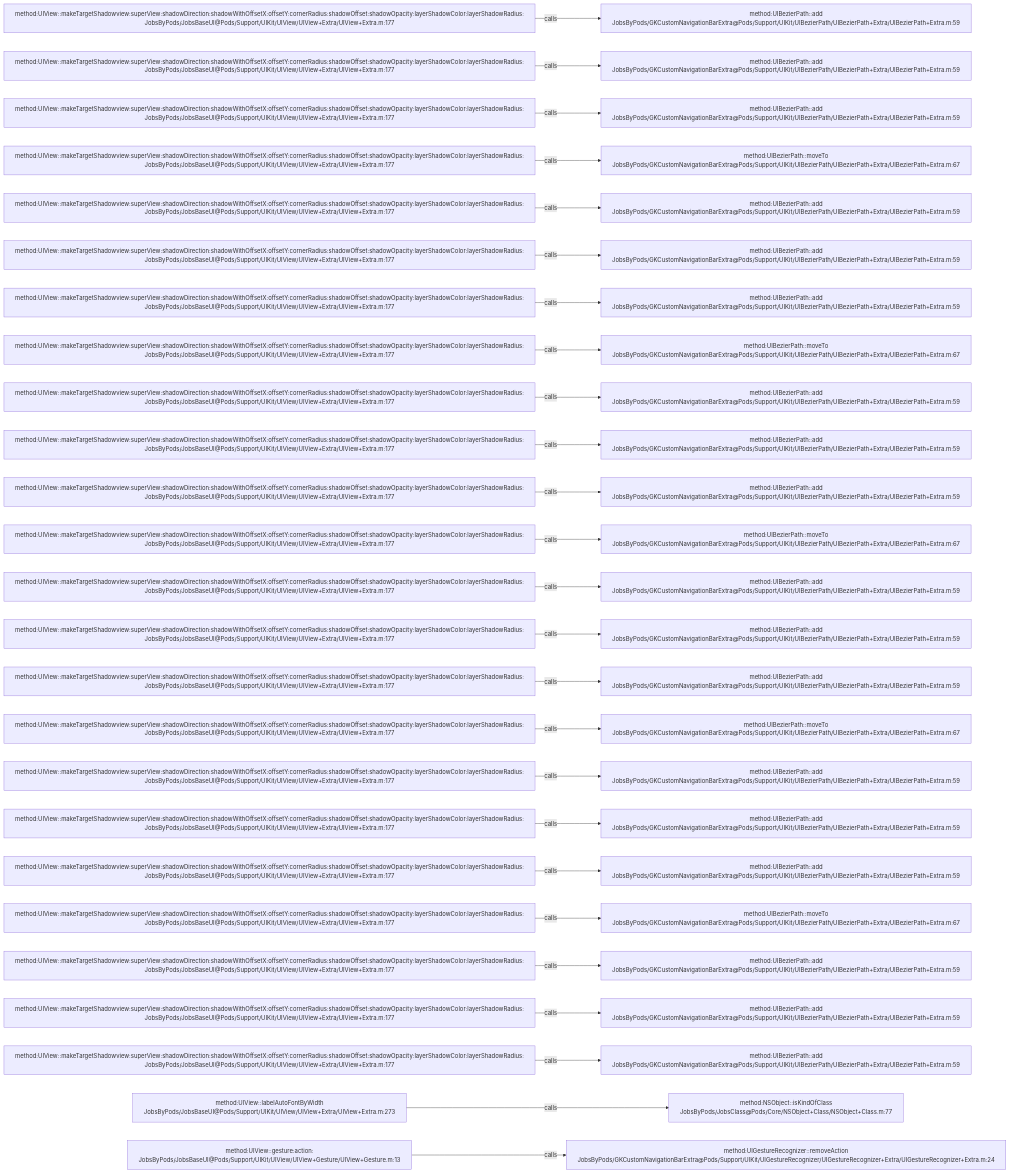
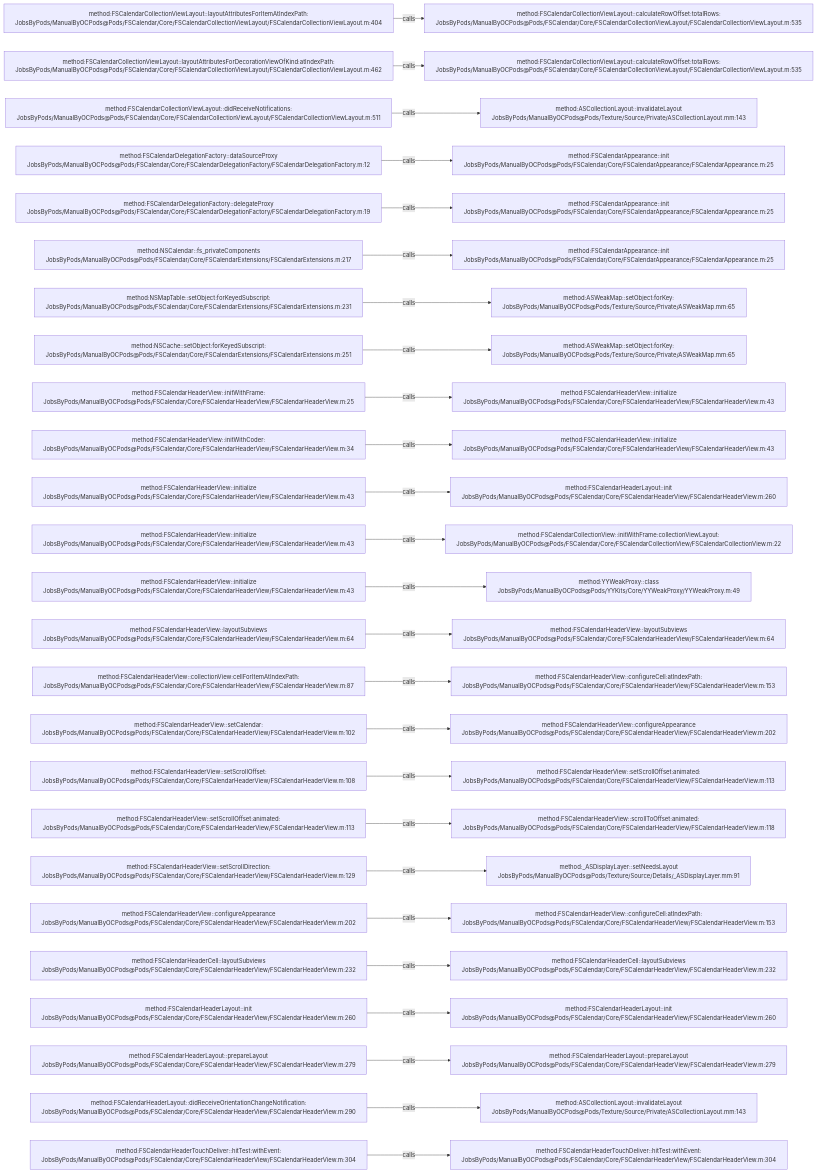
One commit to JobsKits/JobsOCBaseConfigDemo changed the diagram in .codegraph/codegraph.md/graphs/calls-026.md. Above: the diagram before and after it, drawn with Mermaid. The commit also changed 2162 other files, not shown here.

````diff
--- a/.codegraph/codegraph.md/graphs/calls-026.md
+++ b/.codegraph/codegraph.md/graphs/calls-026.md
@@ -13,78 +13,78 @@
 ```mermaid
 flowchart LR
-  S1["method:UIView::makeTargetShadowview:superView:shadowDirection:shadowWithOffsetX:offsetY:cornerRadius:shadowOffset:shadowOpacity:layerShadowColor:layerShadowRadius:<br/>JobsByPods/JobsBaseUI@Pods/Support/UIKit/UIView/UIView+Extra/UIView+Extra.m:177"]
-  T1["method:UIBezierPath::add<br/>JobsByPods/GKCustomNavigationBarExtra@Pods/Support/UIKit/UIBezierPath/UIBezierPath+Extra/UIBezierPath+Extra.m:59"]
+  S1["method:FSCalendarCollectionViewLayout::layoutAttributesForItemAtIndexPath:<br/>JobsByPods/ManualByOCPods@Pods/FSCalendar/Core/FSCalendarCollectionViewLayout/FSCalendarCollectionViewLayout.m:404"]
+  T1["method:FSCalendarCollectionViewLayout::calculateRowOffset:totalRows:<br/>JobsByPods/ManualByOCPods@Pods/FSCalendar/Core/FSCalendarCollectionViewLayout/FSCalendarCollectionViewLayout.m:535"]
   S1 -->|calls| T1
-  S2["method:UIView::makeTargetShadowview:superView:shadowDirection:shadowWithOffsetX:offsetY:cornerRadius:shadowOffset:shadowOpacity:layerShadowColor:layerShadowRadius:<br/>JobsByPods/JobsBaseUI@Pods/Support/UIKit/UIView/UIView+Extra/UIView+Extra.m:177"]
-  T2["method:UIBezierPath::add<br/>JobsByPods/GKCustomNavigationBarExtra@Pods/Support/UIKit/UIBezierPath/UIBezierPath+Extra/UIBezierPath+Extra.m:59"]
+  S2["method:FSCalendarCollectionViewLayout::layoutAttributesForDecorationViewOfKind:atIndexPath:<br/>JobsByPods/ManualByOCPods@Pods/FSCalendar/Core/FSCalendarCollectionViewLayout/FSCalendarCollectionViewLayout.m:462"]
+  T2["method:FSCalendarCollectionViewLayout::calculateRowOffset:totalRows:<br/>JobsByPods/ManualByOCPods@Pods/FSCalendar/Core/FSCalendarCollectionViewLayout/FSCalendarCollectionViewLayout.m:535"]
   S2 -->|calls| T2
-  S3["method:UIView::makeTargetShadowview:superView:shadowDirection:shadowWithOffsetX:offsetY:cornerRadius:shadowOffset:shadowOpacity:layerShadowColor:layerShadowRadius:<br/>JobsByPods/JobsBaseUI@Pods/Support/UIKit/UIView/UIView+Extra/UIView+Extra.m:177"]
-  T3["method:UIBezierPath::add<br/>JobsByPods/GKCustomNavigationBarExtra@Pods/Support/UIKit/UIBezierPath/UIBezierPath+Extra/UIBezierPath+Extra.m:59"]
+  S3["method:FSCalendarCollectionViewLayout::didReceiveNotifications:<br/>JobsByPods/ManualByOCPods@Pods/FSCalendar/Core/FSCalendarCollectionViewLayout/FSCalendarCollectionViewLayout.m:511"]
+  T3["method:ASCollectionLayout::invalidateLayout<br/>JobsByPods/ManualByOCPods@Pods/Texture/Source/Private/ASCollectionLayout.mm:143"]
   S3 -->|calls| T3
-  S4["method:UIView::makeTargetShadowview:superView:shadowDirection:shadowWithOffsetX:offsetY:cornerRadius:shadowOffset:shadowOpacity:layerShadowColor:layerShadowRadius:<br/>JobsByPods/JobsBaseUI@Pods/Support/UIKit/UIView/UIView+Extra/UIView+Extra.m:177"]
-  T4["method:UIBezierPath::moveTo<br/>JobsByPods/GKCustomNavigationBarExtra@Pods/Support/UIKit/UIBezierPath/UIBezierPath+Extra/UIBezierPath+Extra.m:67"]
+  S4["method:FSCalendarDelegationFactory::dataSourceProxy<br/>JobsByPods/ManualByOCPods@Pods/FSCalendar/Core/FSCalendarDelegationFactory/FSCalendarDelegationFactory.m:12"]
+  T4["method:FSCalendarAppearance::init<br/>JobsByPods/ManualByOCPods@Pods/FSCalendar/Core/FSCalendarAppearance/FSCalendarAppearance.m:25"]
   S4 -->|calls| T4
-  S5["method:UIView::makeTargetShadowview:superView:shadowDirection:shadowWithOffsetX:offsetY:cornerRadius:shadowOffset:shadowOpacity:layerShadowColor:layerShadowRadius:<br/>JobsByPods/JobsBaseUI@Pods/Support/UIKit/UIView/UIView+Extra/UIView+Extra.m:177"]
-  T5["method:UIBezierPath::add<br/>JobsByPods/GKCustomNavigationBarExtra@Pods/Support/UIKit/UIBezierPath/UIBezierPath+Extra/UIBezierPath+Extra.m:59"]
+  S5["method:FSCalendarDelegationFactory::delegateProxy<br/>JobsByPods/ManualByOCPods@Pods/FSCalendar/Core/FSCalendarDelegationFactory/FSCalendarDelegationFactory.m:19"]
+  T5["method:FSCalendarAppearance::init<br/>JobsByPods/ManualByOCPods@Pods/FSCalendar/Core/FSCalendarAppearance/FSCalendarAppearance.m:25"]
   S5 -->|calls| T5
-  S6["method:UIView::makeTargetShadowview:superView:shadowDirection:shadowWithOffsetX:offsetY:cornerRadius:shadowOffset:shadowOpacity:layerShadowColor:layerShadowRadius:<br/>JobsByPods/JobsBaseUI@Pods/Support/UIKit/UIView/UIView+Extra/UIView+Extra.m:177"]
-  T6["method:UIBezierPath::add<br/>JobsByPods/GKCustomNavigationBarExtra@Pods/Support/UIKit/UIBezierPath/UIBezierPath+Extra/UIBezierPath+Extra.m:59"]
+  S6["method:NSCalendar::fs_privateComponents<br/>JobsByPods/ManualByOCPods@Pods/FSCalendar/Core/FSCalendarExtensions/FSCalendarExtensions.m:217"]
+  T6["method:FSCalendarAppearance::init<br/>JobsByPods/ManualByOCPods@Pods/FSCalendar/Core/FSCalendarAppearance/FSCalendarAppearance.m:25"]
   S6 -->|calls| T6
-  S7["method:UIView::makeTargetShadowview:superView:shadowDirection:shadowWithOffsetX:offsetY:cornerRadius:shadowOffset:shadowOpacity:layerShadowColor:layerShadowRadius:<br/>JobsByPods/JobsBaseUI@Pods/Support/UIKit/UIView/UIView+Extra/UIView+Extra.m:177"]
-  T7["method:UIBezierPath::add<br/>JobsByPods/GKCustomNavigationBarExtra@Pods/Support/UIKit/UIBezierPath/UIBezierPath+Extra/UIBezierPath+Extra.m:59"]
+  S7["method:NSMapTable::setObject:forKeyedSubscript:<br/>JobsByPods/ManualByOCPods@Pods/FSCalendar/Core/FSCalendarExtensions/FSCalendarExtensions.m:231"]
+  T7["method:ASWeakMap::setObject:forKey:<br/>JobsByPods/ManualByOCPods@Pods/Texture/Source/Private/ASWeakMap.mm:65"]
   S7 -->|calls| T7
-  S8["method:UIView::makeTargetShadowview:superView:shadowDirection:shadowWithOffsetX:offsetY:cornerRadius:shadowOffset:shadowOpacity:layerShadowColor:layerShadowRadius:<br/>JobsByPods/JobsBaseUI@Pods/Support/UIKit/UIView/UIView+Extra/UIView+Extra.m:177"]
-  T8["method:UIBezierPath::moveTo<br/>JobsByPods/GKCustomNavigationBarExtra@Pods/Support/UIKit/UIBezierPath/UIBezierPath+Extra/UIBezierPath+Extra.m:67"]
+  S8["method:NSCache::setObject:forKeyedSubscript:<br/>JobsByPods/ManualByOCPods@Pods/FSCalendar/Core/FSCalendarExtensions/FSCalendarExtensions.m:251"]
+  T8["method:ASWeakMap::setObject:forKey:<br/>JobsByPods/ManualByOCPods@Pods/Texture/Source/Private/ASWeakMap.mm:65"]
   S8 -->|calls| T8
-  S9["method:UIView::makeTargetShadowview:superView:shadowDirection:shadowWithOffsetX:offsetY:cornerRadius:shadowOffset:shadowOpacity:layerShadowColor:layerShadowRadius:<br/>JobsByPods/JobsBaseUI@Pods/Support/UIKit/UIView/UIView+Extra/UIView+Extra.m:177"]
-  T9["method:UIBezierPath::add<br/>JobsByPods/GKCustomNavigationBarExtra@Pods/Support/UIKit/UIBezierPath/UIBezierPath+Extra/UIBezierPath+Extra.m:59"]
+  S9["method:FSCalendarHeaderView::initWithFrame:<br/>JobsByPods/ManualByOCPods@Pods/FSCalendar/Core/FSCalendarHeaderView/FSCalendarHeaderView.m:25"]
+  T9["method:FSCalendarHeaderView::initialize<br/>JobsByPods/ManualByOCPods@Pods/FSCalendar/Core/FSCalendarHeaderView/FSCalendarHeaderView.m:43"]
   S9 -->|calls| T9
-  S10["method:UIView::makeTargetShadowview:superView:shadowDirection:shadowWithOffsetX:offsetY:cornerRadius:shadowOffset:shadowOpacity:layerShadowColor:layerShadowRadius:<br/>JobsByPods/JobsBaseUI@Pods/Support/UIKit/UIView/UIView+Extra/UIView+Extra.m:177"]
-  T10["method:UIBezierPath::add<br/>JobsByPods/GKCustomNavigationBarExtra@Pods/Support/UIKit/UIBezierPath/UIBezierPath+Extra/UIBezierPath+Extra.m:59"]
+  S10["method:FSCalendarHeaderView::initWithCoder:<br/>JobsByPods/ManualByOCPods@Pods/FSCalendar/Core/FSCalendarHeaderView/FSCalendarHeaderView.m:34"]
+  T10["method:FSCalendarHeaderView::initialize<br/>JobsByPods/ManualByOCPods@Pods/FSCalendar/Core/FSCalendarHeaderView/FSCalendarHeaderView.m:43"]
   S10 -->|calls| T10
-  S11["method:UIView::makeTargetShadowview:superView:shadowDirection:shadowWithOffsetX:offsetY:cornerRadius:shadowOffset:shadowOpacity:layerShadowColor:layerShadowRadius:<br/>JobsByPods/JobsBaseUI@Pods/Support/UIKit/UIView/UIView+Extra/UIView+Extra.m:177"]
-  T11["method:UIBezierPath::add<br/>JobsByPods/GKCustomNavigationBarExtra@Pods/Support/UIKit/UIBezierPath/UIBezierPath+Extra/UIBezierPath+Extra.m:59"]
+  S11["method:FSCalendarHeaderView::initialize<br/>JobsByPods/ManualByOCPods@Pods/FSCalendar/Core/FSCalendarHeaderView/FSCalendarHeaderView.m:43"]
+  T11["method:FSCalendarHeaderLayout::init<br/>JobsByPods/ManualByOCPods@Pods/FSCalendar/Core/FSCalendarHeaderView/FSCalendarHeaderView.m:260"]
   S11 -->|calls| T11
-  S12["method:UIView::makeTargetShadowview:superView:shadowDirection:shadowWithOffsetX:offsetY:cornerRadius:shadowOffset:shadowOpacity:layerShadowColor:layerShadowRadius:<br/>JobsByPods/JobsBaseUI@Pods/Support/UIKit/UIView/UIView+Extra/UIView+Extra.m:177"]
-  T12["method:UIBezierPath::moveTo<br/>JobsByPods/GKCustomNavigationBarExtra@Pods/Support/UIKit/UIBezierPath/UIBezierPath+Extra/UIBezierPath+Extra.m:67"]
+  S12["method:FSCalendarHeaderView::initialize<br/>JobsByPods/ManualByOCPods@Pods/FSCalendar/Core/FSCalendarHeaderView/FSCalendarHeaderView.m:43"]
+  T12["method:FSCalendarCollectionView::initWithFrame:collectionViewLayout:<br/>JobsByPods/ManualByOCPods@Pods/FSCalendar/Core/FSCalendarCollectionView/FSCalendarCollectionView.m:22"]
   S12 -->|calls| T12
-  S13["method:UIView::makeTargetShadowview:superView:shadowDirection:shadowWithOffsetX:offsetY:cornerRadius:shadowOffset:shadowOpacity:layerShadowColor:layerShadowRadius:<br/>JobsByPods/JobsBaseUI@Pods/Support/UIKit/UIView/UIView+Extra/UIView+Extra.m:177"]
-  T13["method:UIBezierPath::add<br/>JobsByPods/GKCustomNavigationBarExtra@Pods/Support/UIKit/UIBezierPath/UIBezierPath+Extra/UIBezierPath+Extra.m:59"]
+  S13["method:FSCalendarHeaderView::initialize<br/>JobsByPods/ManualByOCPods@Pods/FSCalendar/Core/FSCalendarHeaderView/FSCalendarHeaderView.m:43"]
+  T13["method:YYWeakProxy::class<br/>JobsByPods/ManualByOCPods@Pods/YYKits/Core/YYWeakProxy/YYWeakProxy.m:49"]
   S13 -->|calls| T13
-  S14["method:UIView::makeTargetShadowview:superView:shadowDirection:shadowWithOffsetX:offsetY:cornerRadius:shadowOffset:shadowOpacity:layerShadowColor:layerShadowRadius:<br/>JobsByPods/JobsBaseUI@Pods/Support/UIKit/UIView/UIView+Extra/UIView+Extra.m:177"]
-  T14["method:UIBezierPath::add<br/>JobsByPods/GKCustomNavigationBarExtra@Pods/Support/UIKit/UIBezierPath/UIBezierPath+Extra/UIBezierPath+Extra.m:59"]
+  S14["method:FSCalendarHeaderView::layoutSubviews<br/>JobsByPods/ManualByOCPods@Pods/FSCalendar/Core/FSCalendarHeaderView/FSCalendarHeaderView.m:64"]
+  T14["method:FSCalendarHeaderView::layoutSubviews<br/>JobsByPods/ManualByOCPods@Pods/FSCalendar/Core/FSCalendarHeaderView/FSCalendarHeaderView.m:64"]
   S14 -->|calls| T14
-  S15["method:UIView::makeTargetShadowview:superView:shadowDirection:shadowWithOffsetX:offsetY:cornerRadius:shadowOffset:shadowOpacity:layerShadowColor:layerShadowRadius:<br/>JobsByPods/JobsBaseUI@Pods/Support/UIKit/UIView/UIView+Extra/UIView+Extra.m:177"]
-  T15["method:UIBezierPath::add<br/>JobsByPods/GKCustomNavigationBarExtra@Pods/Support/UIKit/UIBezierPath/UIBezierPath+Extra/UIBezierPath+Extra.m:59"]
+  S15["method:FSCalendarHeaderView::collectionView:cellForItemAtIndexPath:<br/>JobsByPods/ManualByOCPods@Pods/FSCalendar/Core/FSCalendarHeaderView/FSCalendarHeaderView.m:87"]
+  T15["method:FSCalendarHeaderView::configureCell:atIndexPath:<br/>JobsByPods/ManualByOCPods@Pods/FSCalendar/Core/FSCalendarHeaderView/FSCalendarHeaderView.m:153"]
   S15 -->|calls| T15
-  S16["method:UIView::makeTargetShadowview:superView:shadowDirection:shadowWithOffsetX:offsetY:cornerRadius:shadowOffset:shadowOpacity:layerShadowColor:layerShadowRadius:<br/>JobsByPods/JobsBaseUI@Pods/Support/UIKit/UIView/UIView+Extra/UIView+Extra.m:177"]
-  T16["method:UIBezierPath::moveTo<br/>JobsByPods/GKCustomNavigationBarExtra@Pods/Support/UIKit/UIBezierPath/UIBezierPath+Extra/UIBezierPath+Extra.m:67"]
+  S16["method:FSCalendarHeaderView::setCalendar:<br/>JobsByPods/ManualByOCPods@Pods/FSCalendar/Core/FSCalendarHeaderView/FSCalendarHeaderView.m:102"]
+  T16["method:FSCalendarHeaderView::configureAppearance<br/>JobsByPods/ManualByOCPods@Pods/FSCalendar/Core/FSCalendarHeaderView/FSCalendarHeaderView.m:202"]
   S16 -->|calls| T16
-  S17["method:UIView::makeTargetShadowview:superView:shadowDirection:shadowWithOffsetX:offsetY:cornerRadius:shadowOffset:shadowOpacity:layerShadowColor:layerShadowRadius:<br/>JobsByPods/JobsBaseUI@Pods/Support/UIKit/UIView/UIView+Extra/UIView+Extra.m:177"]
-  T17["method:UIBezierPath::add<br/>JobsByPods/GKCustomNavigationBarExtra@Pods/Support/UIKit/UIBezierPath/UIBezierPath+Extra/UIBezierPath+Extra.m:59"]
+  S17["method:FSCalendarHeaderView::setScrollOffset:<br/>JobsByPods/ManualByOCPods@Pods/FSCalendar/Core/FSCalendarHeaderView/FSCalendarHeaderView.m:108"]
+  T17["method:FSCalendarHeaderView::setScrollOffset:animated:<br/>JobsByPods/ManualByOCPods@Pods/FSCalendar/Core/FSCalendarHeaderView/FSCalendarHeaderView.m:113"]
   S17 -->|calls| T17
-  S18["method:UIView::makeTargetShadowview:superView:shadowDirection:shadowWithOffsetX:offsetY:cornerRadius:shadowOffset:shadowOpacity:layerShadowColor:layerShadowRadius:<br/>JobsByPods/JobsBaseUI@Pods/Support/UIKit/UIView/UIView+Extra/UIView+Extra.m:177"]
-  T18["method:UIBezierPath::add<br/>JobsByPods/GKCustomNavigationBarExtra@Pods/Support/UIKit/UIBezierPath/UIBezierPath+Extra/UIBezierPath+Extra.m:59"]
+  S18["method:FSCalendarHeaderView::setScrollOffset:animated:<br/>JobsByPods/ManualByOCPods@Pods/FSCalendar/Core/FSCalendarHeaderView/FSCalendarHeaderView.m:113"]
+  T18["method:FSCalendarHeaderView::scrollToOffset:animated:<br/>JobsByPods/ManualByOCPods@Pods/FSCalendar/Core/FSCalendarHeaderView/FSCalendarHeaderView.m:118"]
   S18 -->|calls| T18
-  S19["method:UIView::makeTargetShadowview:superView:shadowDirection:shadowWithOffsetX:offsetY:cornerRadius:shadowOffset:shadowOpacity:layerShadowColor:layerShadowRadius:<br/>JobsByPods/JobsBaseUI@Pods/Support/UIKit/UIView/UIView+Extra/UIView+Extra.m:177"]
-  T19["method:UIBezierPath::add<br/>JobsByPods/GKCustomNavigationBarExtra@Pods/Support/UIKit/UIBezierPath/UIBezierPath+Extra/UIBezierPath+Extra.m:59"]
+  S19["method:FSCalendarHeaderView::setScrollDirection:<br/>JobsByPods/ManualByOCPods@Pods/FSCalendar/Core/FSCalendarHeaderView/FSCalendarHeaderView.m:129"]
+  T19["method:_ASDisplayLayer::setNeedsLayout<br/>JobsByPods/ManualByOCPods@Pods/Texture/Source/Details/_ASDisplayLayer.mm:91"]
   S19 -->|calls| T19
-  S20["method:UIView::makeTargetShadowview:superView:shadowDirection:shadowWithOffsetX:offsetY:cornerRadius:shadowOffset:shadowOpacity:layerShadowColor:layerShadowRadius:<br/>JobsByPods/JobsBaseUI@Pods/Support/UIKit/UIView/UIView+Extra/UIView+Extra.m:177"]
-  T20["method:UIBezierPath::moveTo<br/>JobsByPods/GKCustomNavigationBarExtra@Pods/Support/UIKit/UIBezierPath/UIBezierPath+Extra/UIBezierPath+Extra.m:67"]
+  S20["method:FSCalendarHeaderView::configureAppearance<br/>JobsByPods/ManualByOCPods@Pods/FSCalendar/Core/FSCalendarHeaderView/FSCalendarHeaderView.m:202"]
+  T20["method:FSCalendarHeaderView::configureCell:atIndexPath:<br/>JobsByPods/ManualByOCPods@Pods/FSCalendar/Core/FSCalendarHeaderView/FSCalendarHeaderView.m:153"]
   S20 -->|calls| T20
-  S21["method:UIView::makeTargetShadowview:superView:shadowDirection:shadowWithOffsetX:offsetY:cornerRadius:shadowOffset:shadowOpacity:layerShadowColor:layerShadowRadius:<br/>JobsByPods/JobsBaseUI@Pods/Support/UIKit/UIView/UIView+Extra/UIView+Extra.m:177"]
-  T21["method:UIBezierPath::add<br/>JobsByPods/GKCustomNavigationBarExtra@Pods/Support/UIKit/UIBezierPath/UIBezierPath+Extra/UIBezierPath+Extra.m:59"]
+  S21["method:FSCalendarHeaderCell::layoutSubviews<br/>JobsByPods/ManualByOCPods@Pods/FSCalendar/Core/FSCalendarHeaderView/FSCalendarHeaderView.m:232"]
+  T21["method:FSCalendarHeaderCell::layoutSubviews<br/>JobsByPods/ManualByOCPods@Pods/FSCalendar/Core/FSCalendarHeaderView/FSCalendarHeaderView.m:232"]
   S21 -->|calls| T21
-  S22["method:UIView::makeTargetShadowview:superView:shadowDirection:shadowWithOffsetX:offsetY:cornerRadius:shadowOffset:shadowOpacity:layerShadowColor:layerShadowRadius:<br/>JobsByPods/JobsBaseUI@Pods/Support/UIKit/UIView/UIView+Extra/UIView+Extra.m:177"]
-  T22["method:UIBezierPath::add<br/>JobsByPods/GKCustomNavigationBarExtra@Pods/Support/UIKit/UIBezierPath/UIBezierPath+Extra/UIBezierPath+Extra.m:59"]
+  S22["method:FSCalendarHeaderLayout::init<br/>JobsByPods/ManualByOCPods@Pods/FSCalendar/Core/FSCalendarHeaderView/FSCalendarHeaderView.m:260"]
+  T22["method:FSCalendarHeaderLayout::init<br/>JobsByPods/ManualByOCPods@Pods/FSCalendar/Core/FSCalendarHeaderView/FSCalendarHeaderView.m:260"]
   S22 -->|calls| T22
-  S23["method:UIView::makeTargetShadowview:superView:shadowDirection:shadowWithOffsetX:offsetY:cornerRadius:shadowOffset:shadowOpacity:layerShadowColor:layerShadowRadius:<br/>JobsByPods/JobsBaseUI@Pods/Support/UIKit/UIView/UIView+Extra/UIView+Extra.m:177"]
-  T23["method:UIBezierPath::add<br/>JobsByPods/GKCustomNavigationBarExtra@Pods/Support/UIKit/UIBezierPath/UIBezierPath+Extra/UIBezierPath+Extra.m:59"]
+  S23["method:FSCalendarHeaderLayout::prepareLayout<br/>JobsByPods/ManualByOCPods@Pods/FSCalendar/Core/FSCalendarHeaderView/FSCalendarHeaderView.m:279"]
+  T23["method:FSCalendarHeaderLayout::prepareLayout<br/>JobsByPods/ManualByOCPods@Pods/FSCalendar/Core/FSCalendarHeaderView/FSCalendarHeaderView.m:279"]
   S23 -->|calls| T23
-  S24["method:UIView::labelAutoFontByWidth<br/>JobsByPods/JobsBaseUI@Pods/Support/UIKit/UIView/UIView+Extra/UIView+Extra.m:273"]
-  T24["method:NSObject::isKindOfClass<br/>JobsByPods/JobsClass@Pods/Core/NSObject+Class/NSObject+Class.m:77"]
+  S24["method:FSCalendarHeaderLayout::didReceiveOrientationChangeNotification:<br/>JobsByPods/ManualByOCPods@Pods/FSCalendar/Core/FSCalendarHeaderView/FSCalendarHeaderView.m:290"]
+  T24["method:ASCollectionLayout::invalidateLayout<br/>JobsByPods/ManualByOCPods@Pods/Texture/Source/Private/ASCollectionLayout.mm:143"]
   S24 -->|calls| T24
-  S25["method:UIView::gesture:action:<br/>JobsByPods/JobsBaseUI@Pods/Support/UIKit/UIView/UIView+Gesture/UIView+Gesture.m:13"]
-  T25["method:UIGestureRecognizer::removeAction<br/>JobsByPods/GKCustomNavigationBarExtra@Pods/Support/UIKit/UIGestureRecognizer/UIGestureRecognizer+Extra/UIGestureRecognizer+Extra.m:24"]
+  S25["method:FSCalendarHeaderTouchDeliver::hitTest:withEvent:<br/>JobsByPods/ManualByOCPods@Pods/FSCalendar/Core/FSCalendarHeaderView/FSCalendarHeaderView.m:304"]
+  T25["method:FSCalendarHeaderTouchDeliver::hitTest:withEvent:<br/>JobsByPods/ManualByOCPods@Pods/FSCalendar/Core/FSCalendarHeaderView/FSCalendarHeaderView.m:304"]
   S25 -->|calls| T25
 ```
````
